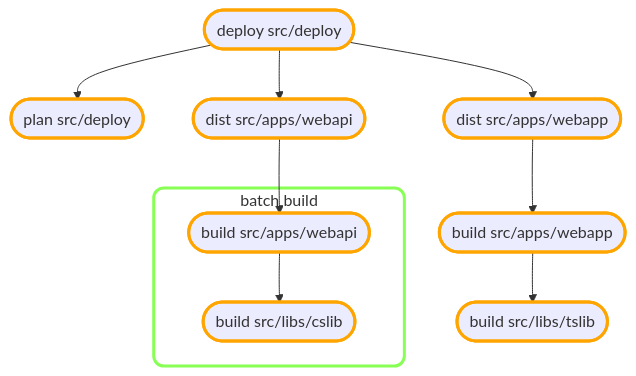
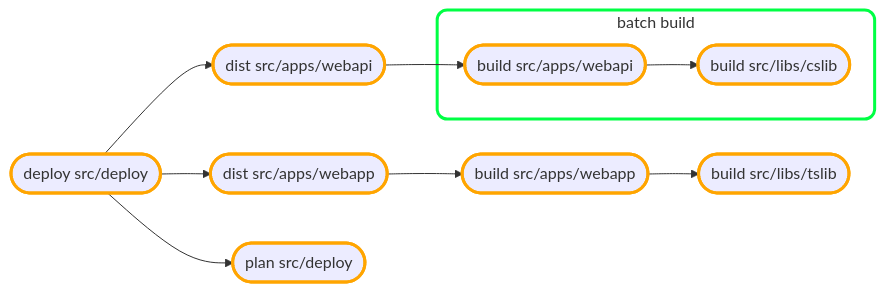
The third of 3 diagrams in README.md (MagnusOpera/Terrabuild-Playground), drawn with Mermaid before and after one commit. The commit also changed other lines of this file, not shown here.

Commit message:
update graphs

````diff
--- a/README.md
+++ b/README.md
@@ -171,38 +165,33 @@
 ```mermaid
-flowchart TB
+flowchart LR
 classDef forced stroke:red,stroke-width:3px
 classDef required stroke:orange,stroke-width:3px
 classDef selected stroke:black,stroke-width:3px
-classDef cluster-13F7CAF67B8934899D1AAA883854B159B9E1E49CFDAB389BDD24E4672F57D826 stroke:#8F5,stroke-width:3px,fill:white,rx:10,ry:10
-classDef cluster-32B2BFE44ECA0E2307BAFCE5F3F466E8C19390C1B20F30647D036291110340E1 stroke:#56F,stroke-width:3px,fill:white,rx:10,ry:10
-classDef cluster-99DD49C225ABACFB2E7A0437E146E795DB3A0C4ABD4750C8361C18E326A6C0B4 stroke:#133,stroke-width:3px,fill:white,rx:10,ry:10
-classDef cluster-A9061A612F53DFA1649E99D4F5D0E56F7759BD879DA66EACD70D818CD1C53F11 stroke:#C46,stroke-width:3px,fill:white,rx:10,ry:10
-classDef cluster-CE0B1A748A9F282E240D21940797E39B84941D2CCACD1548C87AE72697E038C9 stroke:#AB4,stroke-width:3px,fill:white,rx:10,ry:10
-classDef cluster-CF0E0D7DD67A58796E6CAFCB42180D0916EA97906676B80801C9B19E6D29020B stroke:#A20,stroke-width:3px,fill:white,rx:10,ry:10
-subgraph 13F7CAF67B8934899D1AAA883854B159B9E1E49CFDAB389BDD24E4672F57D826[batch build]
-  D7DEF1DF9ACC57757F34B1730D482187E47D093CCEE205B5BB5DDD53B747B06B([build src/apps/webapi])
-  6FE3F4D55B0ED59E4973F54FACA2CFA0536509F25D388CD590FEF38498A209CD([build src/libs/cslib])
+subgraph 197ad061-f3ea-4cc6-a783-855a303823b1[batch build]
+  942179365051C1A33DCF747C64D41786C8982DD5C9B7EB7D8792D5AB26BC93EE([build src/apps/webapi])
+  2472A7D7AFE84797E8835F7F8AAA9671A230BC0391CD60D47D68F0982D660F4D([build src/libs/cslib])
 end
-class 13F7CAF67B8934899D1AAA883854B159B9E1E49CFDAB389BDD24E4672F57D826 cluster-13F7CAF67B8934899D1AAA883854B159B9E1E49CFDAB389BDD24E4672F57D826
-D7DEF1DF9ACC57757F34B1730D482187E47D093CCEE205B5BB5DDD53B747B06B --> 6FE3F4D55B0ED59E4973F54FACA2CFA0536509F25D388CD590FEF38498A209CD
-class D7DEF1DF9ACC57757F34B1730D482187E47D093CCEE205B5BB5DDD53B747B06B required
-class 6FE3F4D55B0ED59E4973F54FACA2CFA0536509F25D388CD590FEF38498A209CD required
-5DBF46760980181651E553196A112B7276CC3C9B87D934B9FA5BFF5FF039D1E4([plan src/deploy])
-class 5DBF46760980181651E553196A112B7276CC3C9B87D934B9FA5BFF5FF039D1E4 required
-922A25A435829F459EA0792B5FEB67BD68ACA1FB3996D4DF2EDB5C78F3697F69([build src/apps/webapp])
-DD57A9D24CBA24C6AA3B120942D16D8304847D32272450F9B3F531937D938FD8([build src/libs/tslib])
-922A25A435829F459EA0792B5FEB67BD68ACA1FB3996D4DF2EDB5C78F3697F69 --> DD57A9D24CBA24C6AA3B120942D16D8304847D32272450F9B3F531937D938FD8
-class 922A25A435829F459EA0792B5FEB67BD68ACA1FB3996D4DF2EDB5C78F3697F69 required
-class DD57A9D24CBA24C6AA3B120942D16D8304847D32272450F9B3F531937D938FD8 required
-90A975D71E44D90EC45D83E0AAC28C481A53AF6C2AB05F611151F14BD3BF955E([dist src/apps/webapi])
-90A975D71E44D90EC45D83E0AAC28C481A53AF6C2AB05F611151F14BD3BF955E --> D7DEF1DF9ACC57757F34B1730D482187E47D093CCEE205B5BB5DDD53B747B06B
-class 90A975D71E44D90EC45D83E0AAC28C481A53AF6C2AB05F611151F14BD3BF955E required
-9C50ED3D8317AAFE098D11955D84005B9FFAABE468B6A7EC3EAF08227A69F224([deploy src/deploy])
-9C50ED3D8317AAFE098D11955D84005B9FFAABE468B6A7EC3EAF08227A69F224 --> 90A975D71E44D90EC45D83E0AAC28C481A53AF6C2AB05F611151F14BD3BF955E
-9C50ED3D8317AAFE098D11955D84005B9FFAABE468B6A7EC3EAF08227A69F224 --> 5088113A521173C96529AAF9D9B6EEB6B8C737776C03210C8E1993A80F9DCB2E
-9C50ED3D8317AAFE098D11955D84005B9FFAABE468B6A7EC3EAF08227A69F224 --> 5DBF46760980181651E553196A112B7276CC3C9B87D934B9FA5BFF5FF039D1E4
-class 9C50ED3D8317AAFE098D11955D84005B9FFAABE468B6A7EC3EAF08227A69F224 required
-5088113A521173C96529AAF9D9B6EEB6B8C737776C03210C8E1993A80F9DCB2E([dist src/apps/webapp])
-5088113A521173C96529AAF9D9B6EEB6B8C737776C03210C8E1993A80F9DCB2E --> 922A25A435829F459EA0792B5FEB67BD68ACA1FB3996D4DF2EDB5C78F3697F69
-class 5088113A521173C96529AAF9D9B6EEB6B8C737776C03210C8E1993A80F9DCB2E required
+classDef cluster-197ad061-f3ea-4cc6-a783-855a303823b1 stroke:#0F4,stroke-width:3px,fill:white,rx:10,ry:10
+class 197ad061-f3ea-4cc6-a783-855a303823b1 cluster-197ad061-f3ea-4cc6-a783-855a303823b1
+942179365051C1A33DCF747C64D41786C8982DD5C9B7EB7D8792D5AB26BC93EE --> 2472A7D7AFE84797E8835F7F8AAA9671A230BC0391CD60D47D68F0982D660F4D
+class 942179365051C1A33DCF747C64D41786C8982DD5C9B7EB7D8792D5AB26BC93EE required
+class 2472A7D7AFE84797E8835F7F8AAA9671A230BC0391CD60D47D68F0982D660F4D required
+A4784F53304358C5B2A731D8ADEA338F8DE2217105C7A0B1D76E9CE3536D946F([build src/apps/webapp])
+A4784F53304358C5B2A731D8ADEA338F8DE2217105C7A0B1D76E9CE3536D946F --> 09B7D90F73A18A551759DF0B8F900113268C2015C4B23E930DC1EF5427F55EA4
+class A4784F53304358C5B2A731D8ADEA338F8DE2217105C7A0B1D76E9CE3536D946F required
+20A918F5A24BDC971D2453B59EB07784463ABFFE026049F1A1BB5C0BE1F06576([deploy src/deploy])
+20A918F5A24BDC971D2453B59EB07784463ABFFE026049F1A1BB5C0BE1F06576 --> C84DDA0307CE672A87A67571C61AF0A56E74CC8C6AB291EB1AAF863E0EAE4905
+20A918F5A24BDC971D2453B59EB07784463ABFFE026049F1A1BB5C0BE1F06576 --> F7DB4DD0555F1851A6EDF90789A946B7D9385F94186559AC6124CEC556EA1B44
+20A918F5A24BDC971D2453B59EB07784463ABFFE026049F1A1BB5C0BE1F06576 --> 6AE17A5B59E873CC19549EC37FF0E70529F5ACF9199EF788A57AA36D515D5305
+class 20A918F5A24BDC971D2453B59EB07784463ABFFE026049F1A1BB5C0BE1F06576 required
+6AE17A5B59E873CC19549EC37FF0E70529F5ACF9199EF788A57AA36D515D5305([plan src/deploy])
+class 6AE17A5B59E873CC19549EC37FF0E70529F5ACF9199EF788A57AA36D515D5305 required
+09B7D90F73A18A551759DF0B8F900113268C2015C4B23E930DC1EF5427F55EA4([build src/libs/tslib])
+class 09B7D90F73A18A551759DF0B8F900113268C2015C4B23E930DC1EF5427F55EA4 required
+F7DB4DD0555F1851A6EDF90789A946B7D9385F94186559AC6124CEC556EA1B44([dist src/apps/webapp])
+F7DB4DD0555F1851A6EDF90789A946B7D9385F94186559AC6124CEC556EA1B44 --> A4784F53304358C5B2A731D8ADEA338F8DE2217105C7A0B1D76E9CE3536D946F
+class F7DB4DD0555F1851A6EDF90789A946B7D9385F94186559AC6124CEC556EA1B44 required
+C84DDA0307CE672A87A67571C61AF0A56E74CC8C6AB291EB1AAF863E0EAE4905([dist src/apps/webapi])
+C84DDA0307CE672A87A67571C61AF0A56E74CC8C6AB291EB1AAF863E0EAE4905 --> 942179365051C1A33DCF747C64D41786C8982DD5C9B7EB7D8792D5AB26BC93EE
+class C84DDA0307CE672A87A67571C61AF0A56E74CC8C6AB291EB1AAF863E0EAE4905 required
 ```
````
